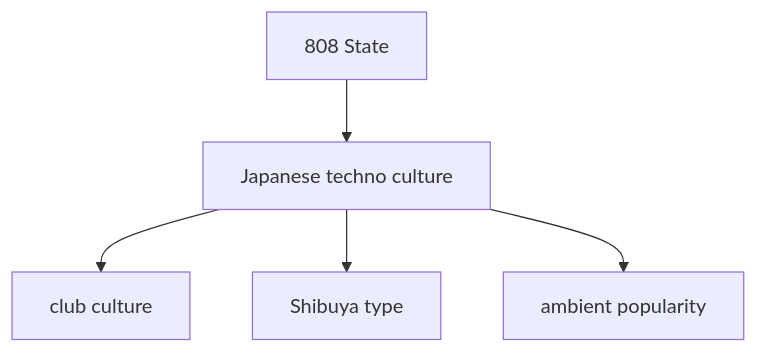
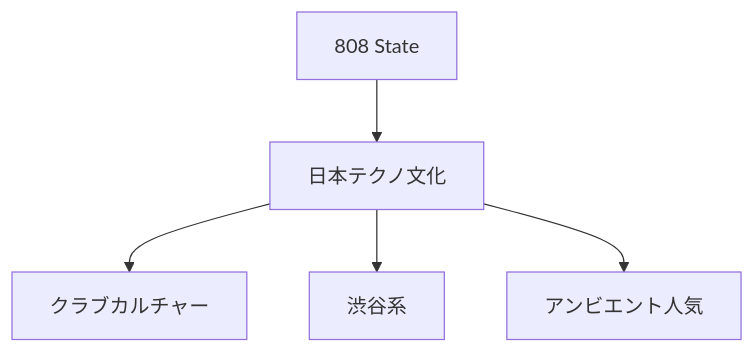
Before and after one commit to monumental-movement/monumental-movement.github.io: diagram 13 of 17 in en/_posts/2026-05-24-column-808-state.md, drawn with Mermaid. The commit also changed other lines of this file and 2196 other files, not shown here.

```diff
--- a/en/_posts/2026-05-24-column-808-state.md
+++ b/en/_posts/2026-05-24-column-808-state.md
@@ -476,7 +475,7 @@
 <div class="mermaid">
 flowchart TD
-A[808 State] --> B[Japanese techno culture]
-B --> C[club culture]
-B --> D[Shibuya type]
-B --> E[ambient popularity]
+A[808 State] --> B[日本テクノ文化]
+B --> C[クラブカルチャー]
+B --> D[渋谷系]
+B --> E[アンビエント人気]
 </div>
```
